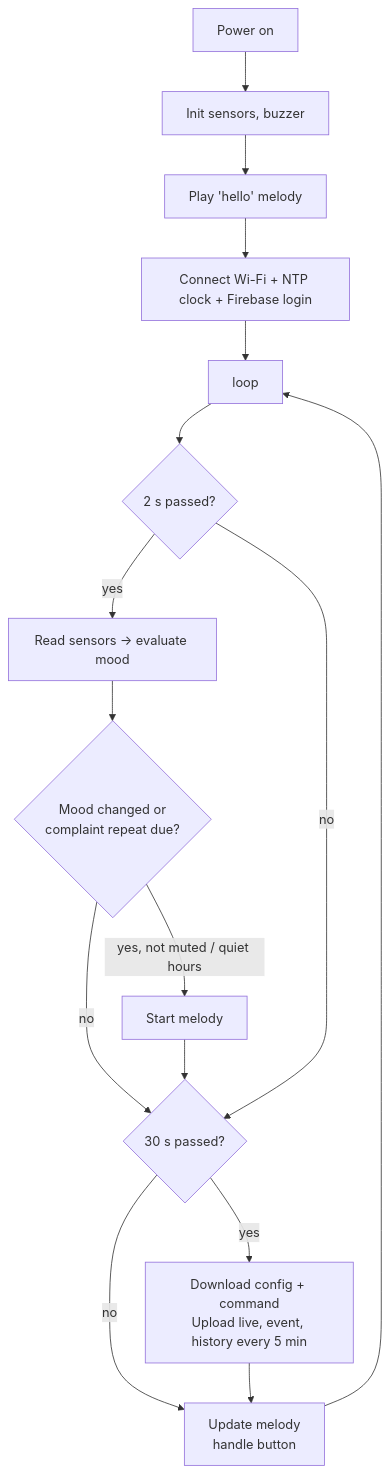
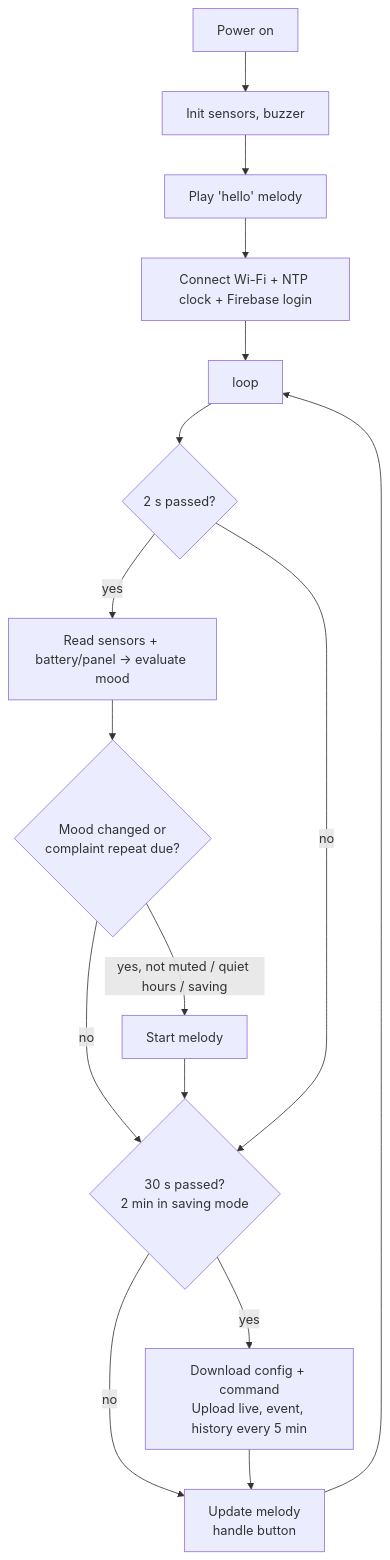
One commit to HassanDiab95/CLAUDE changed the diagram in rayy/docs/05-firmware.md. Above: the diagram before and after it, drawn with Mermaid. The commit also changed other lines of this file and 50 other files, not shown here.

````diff
--- a/rayy/docs/05-firmware.md
+++ b/rayy/docs/05-firmware.md
@@ -62,18 +65,18 @@
 ```mermaid
 flowchart TD
   A[Power on] --> B[Init sensors, buzzer]
   B --> C[Play 'hello' melody]
   C --> D[Connect Wi-Fi + NTP clock + Firebase login]
   D --> L[loop]
   L --> S{2 s passed?}
-  S -- yes --> R[Read sensors → evaluate mood]
+  S -- yes --> R[Read sensors + battery/panel → evaluate mood]
   R --> V{Mood changed or<br/>complaint repeat due?}
-  V -- yes, not muted / quiet hours --> P[Start melody]
+  V -- yes, not muted / quiet hours / saving --> P[Start melody]
   V -- no --> U
-  P --> U{30 s passed?}
+  P --> U{30 s passed?<br/>2 min in saving mode}
   S -- no --> U
   U -- yes --> F[Download config + command<br/>Upload live, event, history every 5 min]
   U -- no --> O
   F --> O[Update melody<br/>handle button]
   O --> L
 ```
````
